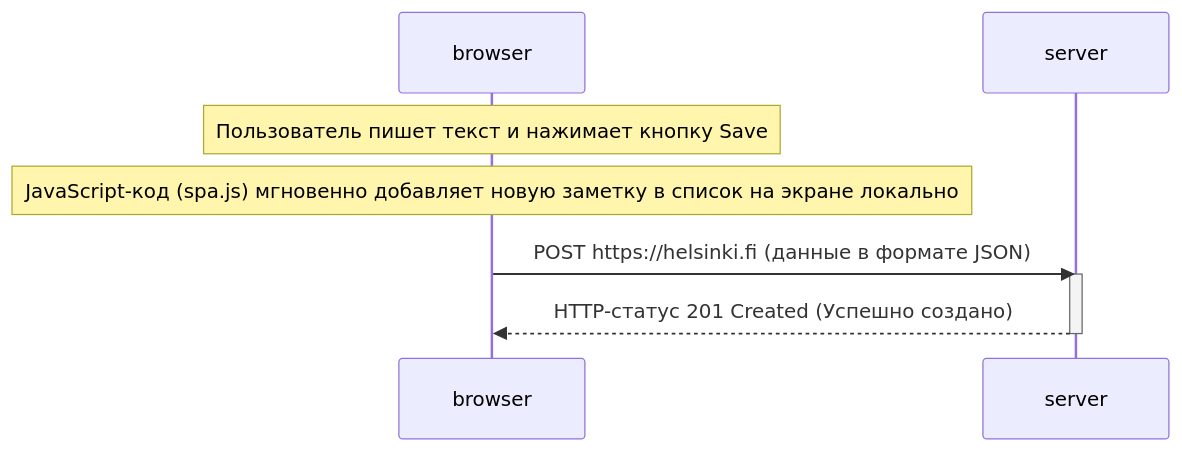
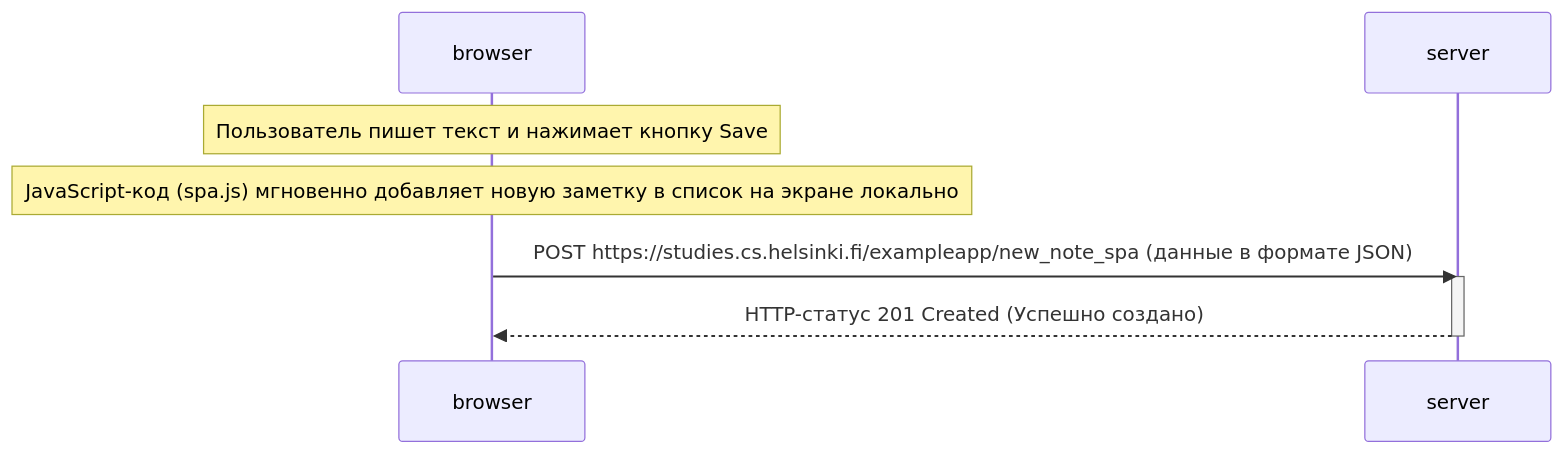
Before and after one commit to kanneykelly-code/fullstackopen-part0: the third of 3 diagrams in README.md, drawn with Mermaid.

````diff
--- a/README.md
+++ b/README.md
@@ -72,14 +72,14 @@
 ```mermaid
 sequenceDiagram
     participant browser
     participant server
 
     Note over browser: Пользователь пишет текст и нажимает кнопку Save
 
     Note over browser: JavaScript-код (spa.js) мгновенно добавляет новую заметку в список на экране локально
 
-    browser->>server: POST https://helsinki.fi (данные в формате JSON)
+    browser->>server: POST https://studies.cs.helsinki.fi/exampleapp/new_note_spa (данные в формате JSON)
     activate server
     server-->>browser: HTTP-статус 201 Created (Успешно создано)
     deactivate server
 ```
````
